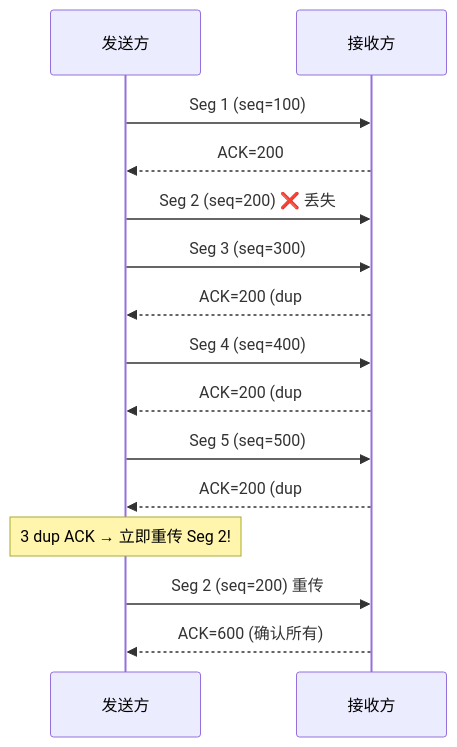
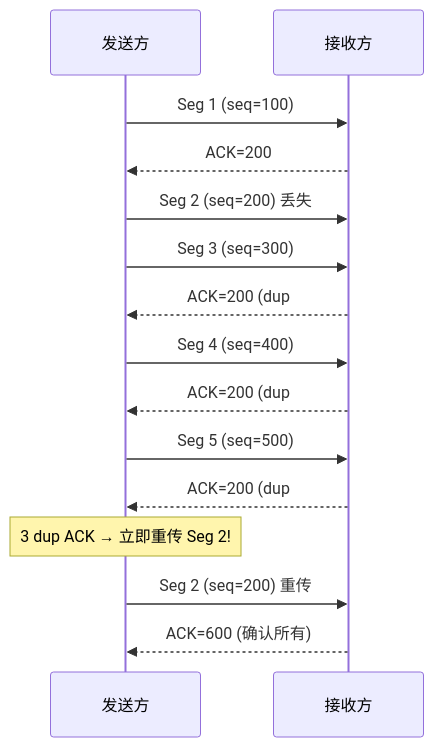
The eighth of 11 diagrams in 计算机网络/E_传输层.md (missercatos/RootStack), drawn with Mermaid before and after one commit. The commit also changed other lines of this file and 605 other files, not shown here.

````diff
--- a/计算机网络/E_传输层.md
+++ b/计算机网络/E_传输层.md
@@ -384,17 +384,17 @@
 ```mermaid
 sequenceDiagram
-    participant S as 发送方
-    participant R as 接收方
-    S->>R: Seg 1 (seq=100)
-    R-->>S: ACK=200
-    S->>R: Seg 2 (seq=200) ❌ 丢失
-    S->>R: Seg 3 (seq=300)
-    R-->>S: ACK=200 (dup #1)
-    S->>R: Seg 4 (seq=400)
-    R-->>S: ACK=200 (dup #2)
-    S->>R: Seg 5 (seq=500)
-    R-->>S: ACK=200 (dup #3)
-    Note over S: 3 dup ACK → 立即重传 Seg 2!
-    S->>R: Seg 2 (seq=200) 重传
-    R-->>S: ACK=600 (确认所有)
+ participant S as 发送方
+ participant R as 接收方
+ S->>R: Seg 1 (seq=100)
+ R-->>S: ACK=200
+ S->>R: Seg 2 (seq=200) 丢失
+ S->>R: Seg 3 (seq=300)
+ R-->>S: ACK=200 (dup #1)
+ S->>R: Seg 4 (seq=400)
+ R-->>S: ACK=200 (dup #2)
+ S->>R: Seg 5 (seq=500)
+ R-->>S: ACK=200 (dup #3)
+ Note over S: 3 dup ACK → 立即重传 Seg 2!
+ S->>R: Seg 2 (seq=200) 重传
+ R-->>S: ACK=600 (确认所有)
 ```
````
